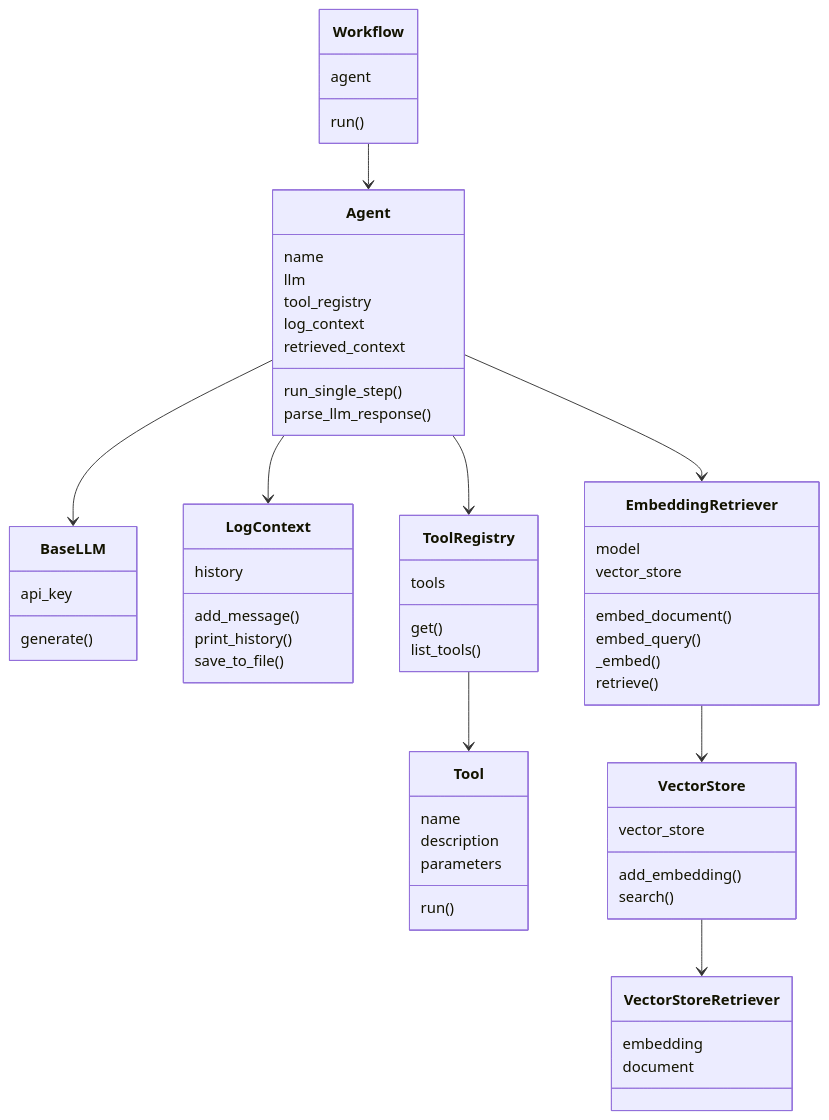
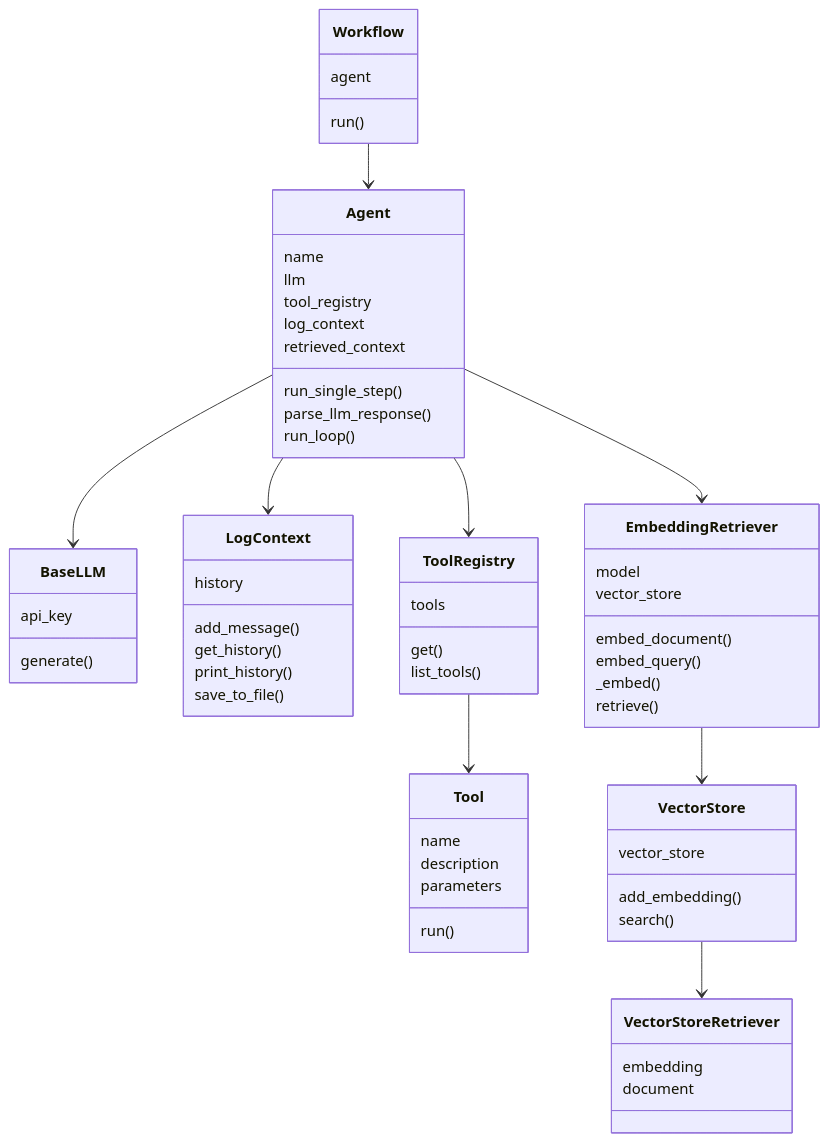
One commit to BV003/ArgoAgent changed the diagram in README.md. Above: the diagram before and after it, drawn with Mermaid. The commit also changed other lines of this file, not shown here.

````diff
--- a/README.md
+++ b/README.md
@@ -77,73 +86,75 @@
 ```mermaid
 classDiagram
     class Workflow {
         agent
         run()
     }
 
     class Agent {
         name
         llm
         tool_registry
         log_context
         retrieved_context
 
         run_single_step()
         parse_llm_response()
+        run_loop()
     }
 
     class BaseLLM {
         api_key
         generate()
     }
 
     class LogContext {
         history
         add_message()
+        get_history()
         print_history()
         save_to_file()
     }
 
 
     class ToolRegistry {
         tools
         get()
         list_tools()
     }
 
     class Tool {
         name
         description
         parameters
         run()
     }
 
     class EmbeddingRetriever {
         model
         vector_store
         embed_document()
         embed_query()
         _embed()
         retrieve()
     }
 
     class VectorStore {
         vector_store
         add_embedding()
         search()
     }
 
     class VectorStoreRetriever {
         embedding
         document
     }
 
     Workflow --> Agent
     Agent --> BaseLLM
     Agent --> LogContext
     Agent --> ToolRegistry
     Agent --> EmbeddingRetriever
     ToolRegistry --> Tool
     EmbeddingRetriever --> VectorStore
     VectorStore --> VectorStoreRetriever
   ```
````
